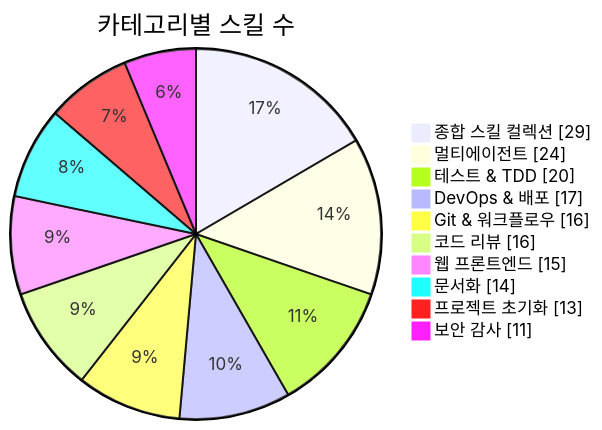
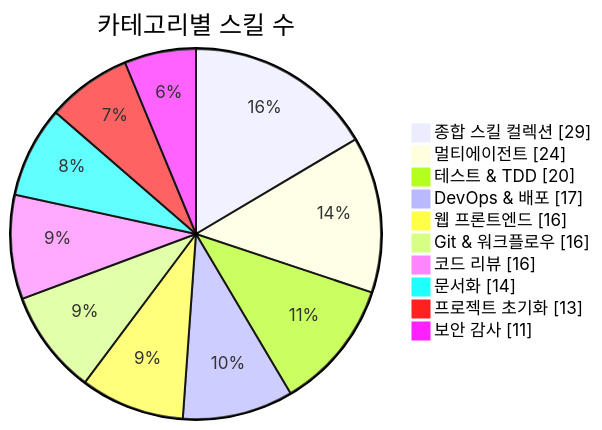
One commit to J-nowcow/awesome-korean-agent-skills changed the first of 3 diagrams in README.md. Above: the diagram before and after it, drawn with Mermaid. The commit also changed other lines of this file and 4 other files, not shown here.

````diff
--- a/README.md
+++ b/README.md
@@ -176,14 +176,14 @@
 ```mermaid
 pie showData
     title 카테고리별 스킬 수
     "종합 스킬 컬렉션" : 29
     "멀티에이전트" : 24
     "테스트 & TDD" : 20
     "DevOps & 배포" : 17
+    "웹 프론트엔드" : 16
     "Git & 워크플로우" : 16
     "코드 리뷰" : 16
-    "웹 프론트엔드" : 15
     "문서화" : 14
     "프로젝트 초기화" : 13
     "보안 감사" : 11
 ```
````
